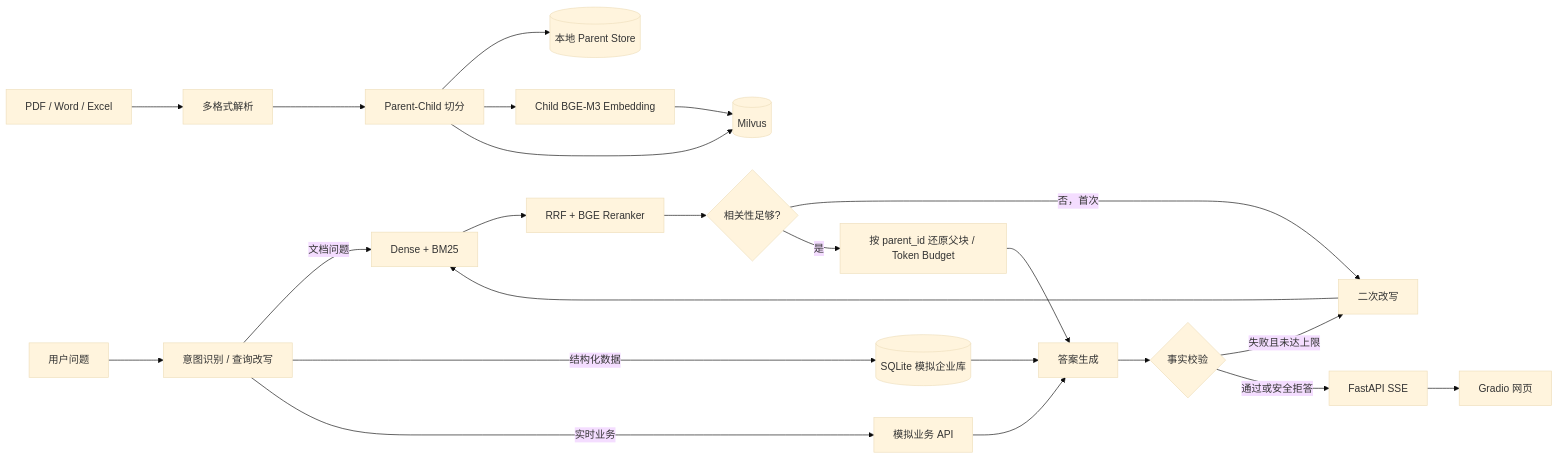
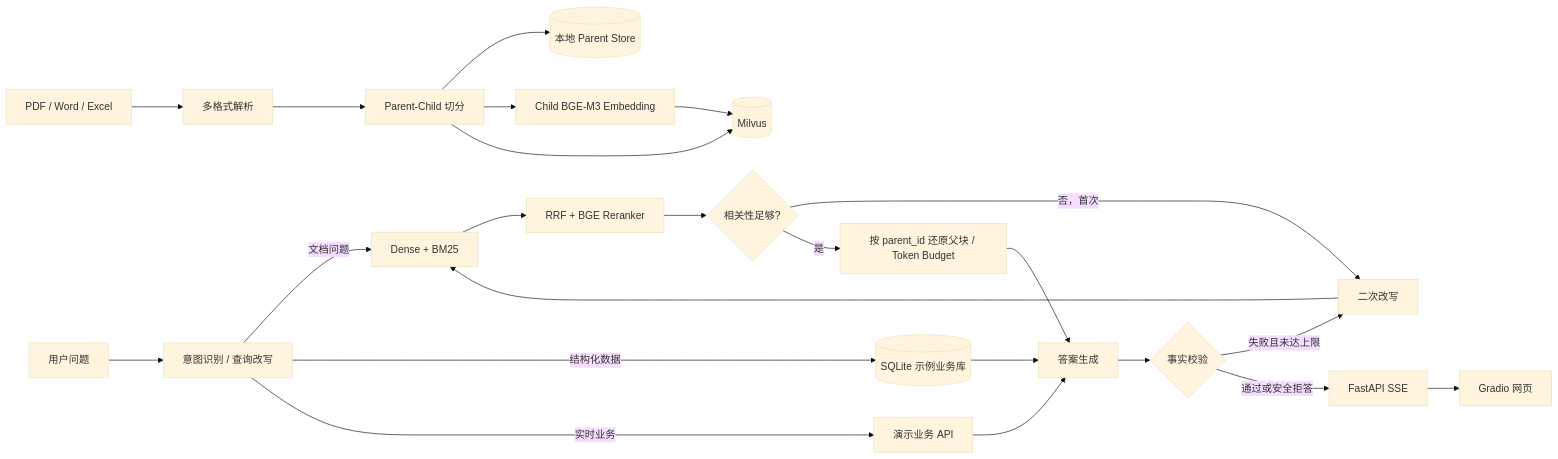
The diagram in README.md (sortn/enterprise-agentic-rag), drawn with Mermaid (base theme) before and after one commit. The commit also changed other lines of this file and 3 other files, not shown here.

````diff
--- a/README.md
+++ b/README.md
@@ -43,26 +43,26 @@
 ```mermaid
 flowchart LR
     U[PDF / Word / Excel] --> P[多格式解析]
     P --> C[Parent-Child 切分]
     C --> PS[(本地 Parent Store)]
     C --> E[Child BGE-M3 Embedding]
     E --> M[(Milvus)]
     C --> M
 
     Q[用户问题] --> A[意图识别 / 查询改写]
     A -->|文档问题| H[Dense + BM25]
     H --> R[RRF + BGE Reranker]
     R --> G{相关性足够?}
     G -->|否，首次| W[二次改写]
     W --> H
     G -->|是| X[按 parent_id 还原父块 / Token Budget]
     X --> L[答案生成]
-    A -->|结构化数据| S[(SQLite 模拟企业库)]
-    A -->|实时业务| B[模拟业务 API]
+    A -->|结构化数据| S[(SQLite 示例业务库)]
+    A -->|实时业务| B[演示业务 API]
     S --> L
     B --> L
     L --> F{事实校验}
     F -->|失败且未达上限| W
     F -->|通过或安全拒答| API[FastAPI SSE]
     API --> UI[Gradio 网页]
 ```
````
